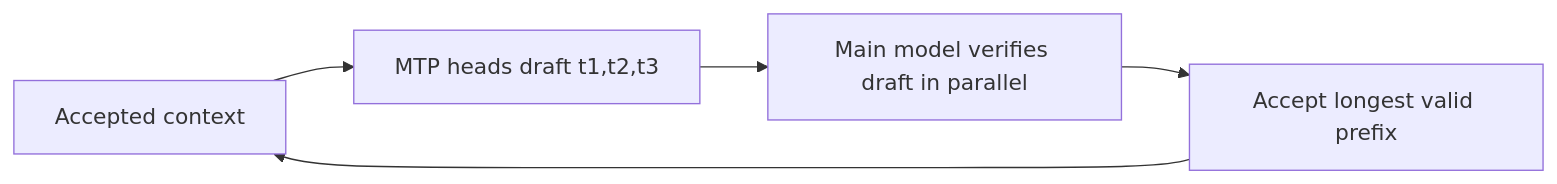
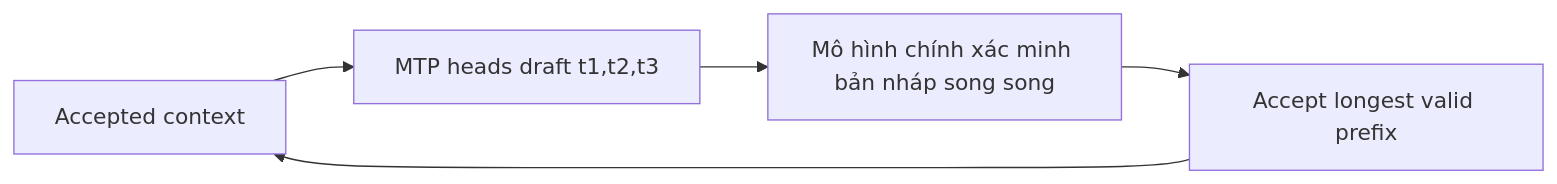
One commit to cycler04/VinRobotics-VLA changed the second of 2 diagrams in docs/research_finding/01-gwen/module_details/LLM_modules/Multi_Token_Prediction.md. Above: the diagram before and after it, drawn with Mermaid. The commit also changed other lines of this file and 79 other files, not shown here.

````diff
--- a/docs/research_finding/01-gwen/module_details/LLM_modules/Multi_Token_Prediction.md
+++ b/docs/research_finding/01-gwen/module_details/LLM_modules/Multi_Token_Prediction.md
@@ -64,7 +64,7 @@
 ```mermaid
 flowchart LR
     C[Accepted context] --> D[MTP heads draft t1,t2,t3]
-    D --> V[Main model verifies draft in parallel]
+    D --> V[Mô hình chính xác minh bản nháp song song]
     V --> A[Accept longest valid prefix]
     A --> C
 ```
````
